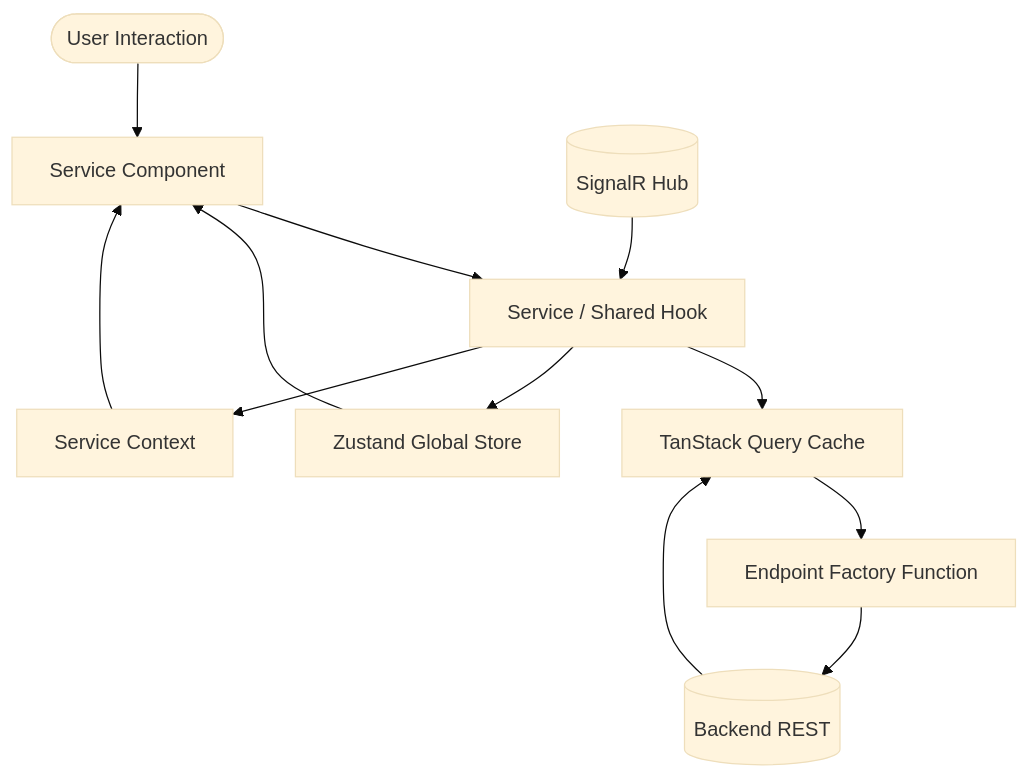
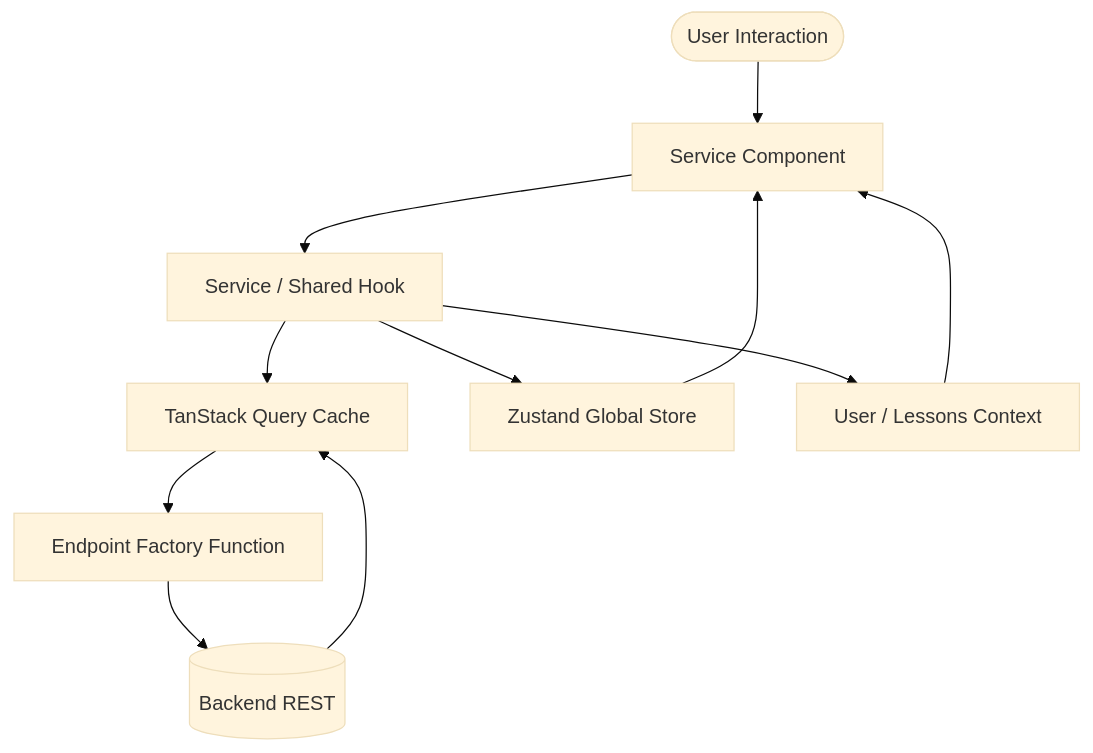
Before and after one commit to LearnForgeDev/Frontend: the second of 7 diagrams in ARCHITECTURE.md, drawn with Mermaid (base theme). The commit also changed other lines of this file and 1 other file, not shown here.

Commit message:
docs: update architecture documentation and tech stack versions

````diff
--- a/ARCHITECTURE.md
+++ b/ARCHITECTURE.md
@@ -69,24 +64,22 @@
 ```mermaid
 flowchart TD
     User([User Interaction])
     Component[Service Component]
     Hook[Service / Shared Hook]
     TQ[TanStack Query Cache]
     EP[Endpoint Factory Function]
     API[(Backend REST)]
-    WS[(SignalR Hub)]
     Zustand[Zustand Global Store]
-    ServiceCtx[Service Context]
-
+    UserCtx[User / Lessons Context]
+ 
     User --> Component
     Component --> Hook
     Hook --> TQ
     Hook --> Zustand
-    Hook --> ServiceCtx
+    Hook --> UserCtx
     TQ --> EP
     EP --> API
-    WS --> Hook
     API --> TQ
     Zustand --> Component
-    ServiceCtx --> Component
+    UserCtx --> Component
 ```
````
